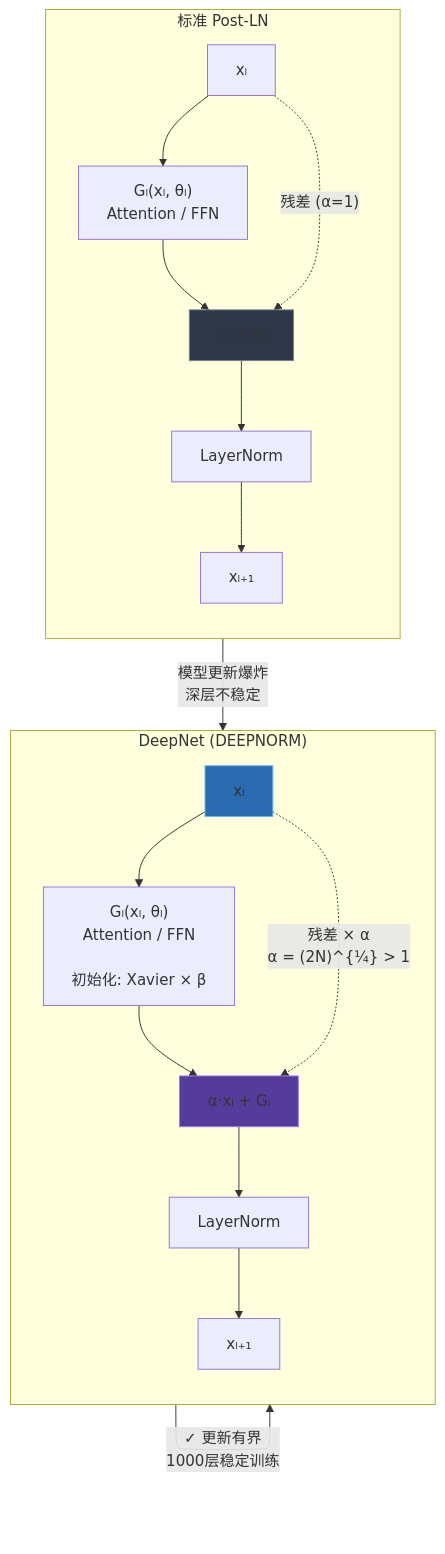
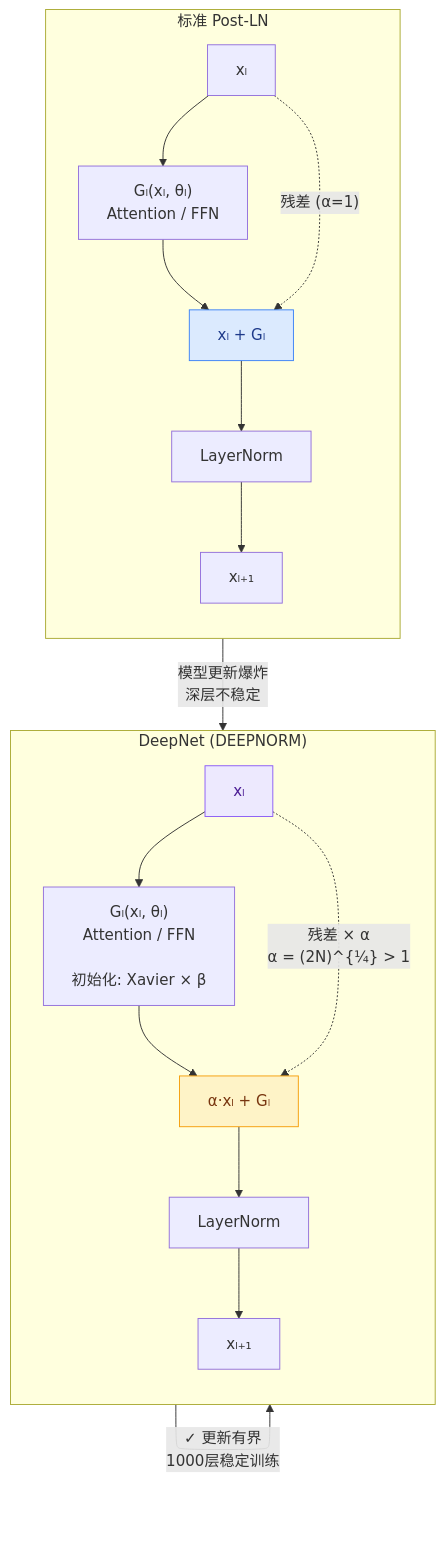
Before and after one commit to Pastens/Pastens.github.io: the diagram in content/Knowledge/论文分析/模型结构/DeepNet 深度技术分析.md, drawn with Mermaid. The commit also changed 5 other files, not shown here.

Commit message:
fix: mermaid color scheme - light bg + dark text for readability; add YOCO arch diagram

````diff
--- a/content/Knowledge/论文分析/模型结构/DeepNet 深度技术分析.md
+++ b/content/Knowledge/论文分析/模型结构/DeepNet 深度技术分析.md
@@ -93,27 +93,27 @@
 ```mermaid
 flowchart TB
     subgraph PostLN["标准 Post-LN"]
         direction TB
         P1["xₗ"] --> P2["Gₗ(xₗ, θₗ)<br/>Attention / FFN"]
         P2 --> P3["xₗ + Gₗ"]
         P1 -.->|"残差 (α=1)"| P3
         P3 --> P4["LayerNorm"]
         P4 --> P5["xₗ₊₁"]
     end
 
     subgraph DeepNorm["DeepNet (DEEPNORM)"]
         direction TB
         D1["xₗ"] --> D2["Gₗ(xₗ, θₗ)<br/>Attention / FFN<br/><br/>初始化: Xavier × β"]
         D2 --> D3["α·xₗ + Gₗ"]
         D1 -.->|"残差 × α<br/>α = (2N)^{¼} > 1"| D3
         D3 --> D4["LayerNorm"]
         D4 --> D5["xₗ₊₁"]
     end
 
     PostLN -->|"模型更新爆炸<br/>深层不稳定"| DeepNorm
     DeepNorm -->|"✓ 更新有界<br/>1000层稳定训练"| DeepNorm
 
-    style P3 fill:#2d3748,stroke:#718096
-    style D3 fill:#553c9a,stroke:#9f7aea
-    style D1 fill:#2b6cb0,stroke:#63b3ed
+    style P3 fill:#dbeafe,stroke:#3b82f6,color:#1e3a8a
+    style D3 fill:#fef3c7,stroke:#f59e0b,color:#78350f
+    style D1 fill:#ede9fe,stroke:#8b5cf6,color:#4c1d95
 ```
````
